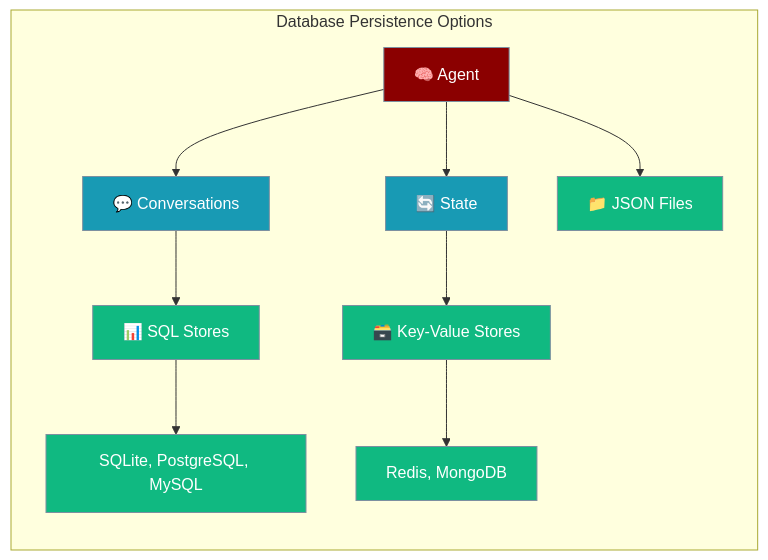
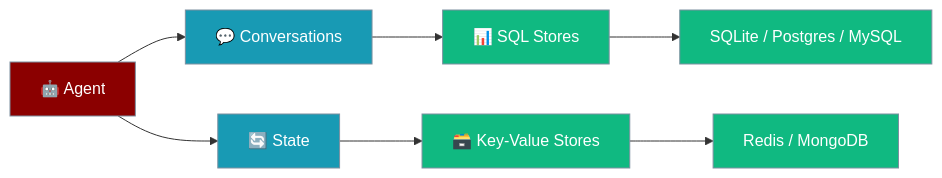
Before and after one commit to MervinPraison/PraisonAIDocs: the first of 2 diagrams in docs/features/persistence.mdx, drawn with Mermaid. The commit also changed other lines of this file and 4 other files, not shown here.

````diff
--- a/docs/features/persistence.mdx
+++ b/docs/features/persistence.mdx
@@ -10,20 +22,17 @@
 ```mermaid
 graph LR
-    subgraph "Database Persistence Options"
-        A[🧠 Agent] --> B[💬 Conversations]
-        A --> C[🔄 State]
-        B --> D[📊 SQL Stores]
-        C --> E[🗃️ Key-Value Stores]
-        D --> F[SQLite, PostgreSQL, MySQL]
-        E --> G[Redis, MongoDB]
-        A --> H[📁 JSON Files]
-    end
-    
+    Agent[🤖 Agent] --> Conv[💬 Conversations]
+    Agent --> State[🔄 State]
+    Conv --> SQL[📊 SQL Stores]
+    State --> KV[🗃️ Key-Value Stores]
+    SQL --> SQLite[SQLite / Postgres / MySQL]
+    KV --> Redis[Redis / MongoDB]
+
     classDef agent fill:#8B0000,stroke:#7C90A0,color:#fff
     classDef data fill:#189AB4,stroke:#7C90A0,color:#fff
     classDef storage fill:#10B981,stroke:#7C90A0,color:#fff
-    
-    class A agent
-    class B,C data
-    class D,E,F,G,H storage
+
+    class Agent agent
+    class Conv,State data
+    class SQL,KV,SQLite,Redis storage
 ```
````
